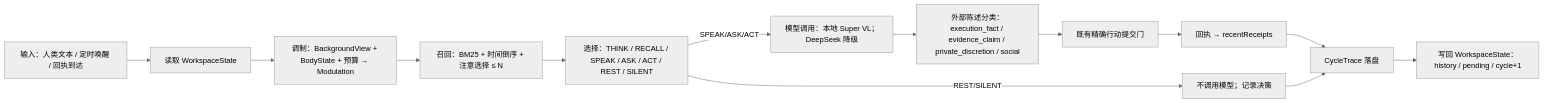
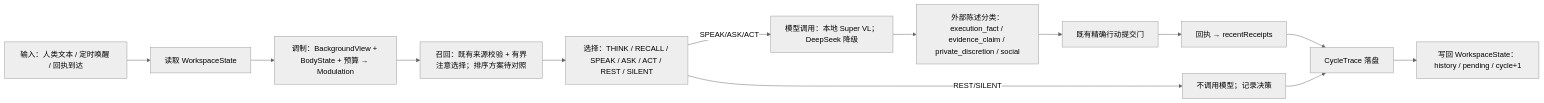
One commit to saigyujikingyo-png/companion-core changed the diagram in docs/review/MINIMAL-COGNITIVE-LOOP.md. Above: the diagram before and after it, drawn with Mermaid (neutral theme). The commit also changed other lines of this file and 7 other files, not shown here.

````diff
--- a/docs/review/MINIMAL-COGNITIVE-LOOP.md
+++ b/docs/review/MINIMAL-COGNITIVE-LOOP.md
@@ -7,15 +9,15 @@
 ```mermaid
 flowchart LR
   IN[输入：人类文本 / 定时唤醒 / 回执到达] --> WS[读取 WorkspaceState]
   WS --> MOD[调制：BackgroundView + BodyState + 预算 → Modulation]
-  MOD --> RECALL[召回：BM25 + 时间倒序 + 注意选择 ≤ N]
+  MOD --> RECALL[召回：既有来源校验 + 有界注意选择；排序方案待对照]
   RECALL --> CHOICE[选择：THINK / RECALL / SPEAK / ASK / ACT / REST / SILENT]
   CHOICE -->|SPEAK/ASK/ACT| MODEL[模型调用：本地 Super VL；DeepSeek 降级]
   MODEL --> STMT[外部陈述分类：execution_fact / evidence_claim / private_discretion / social]
   STMT --> GATE[既有精确行动提交门]
   GATE --> RCPT[回执 → recentReceipts]
   CHOICE -->|REST/SILENT| NOOP[不调用模型；记录决策]
   RCPT --> TRACE[CycleTrace 落盘]
   NOOP --> TRACE
   TRACE --> WS2[写回 WorkspaceState：history / pending / cycle+1]
 ```
````
